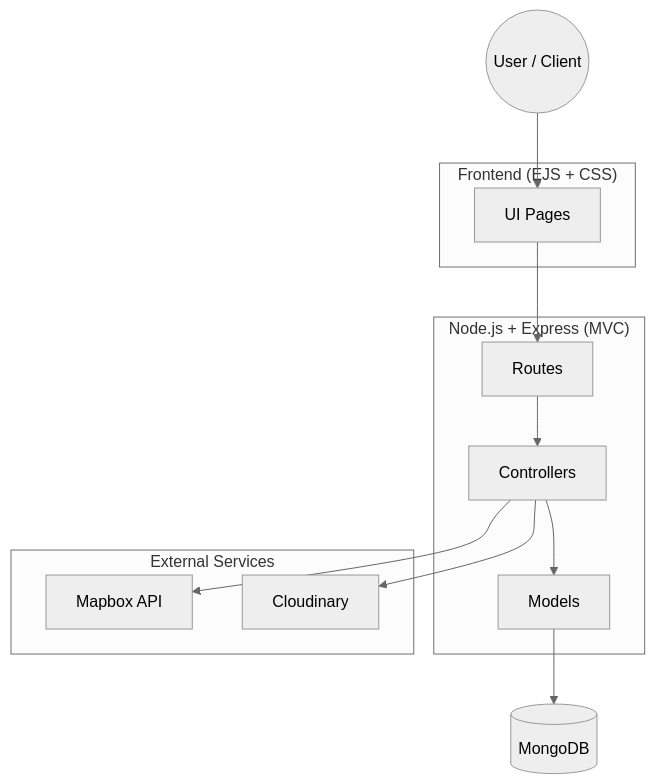
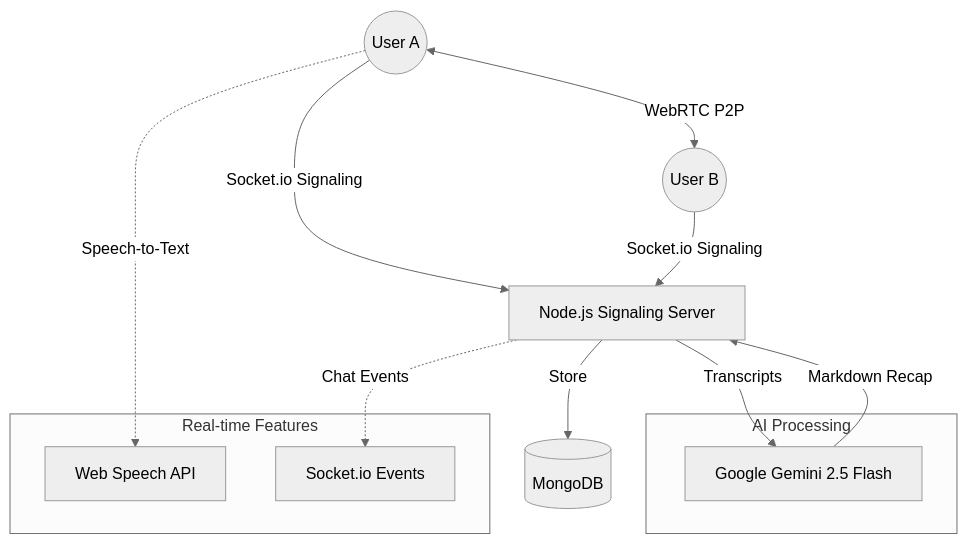
One commit to nehalikareddy/Nexus-VideoCall changed the diagram in README.md. Above: the diagram before and after it, drawn with Mermaid (neutral theme).

````diff
--- a/README.md
+++ b/README.md
@@ -48,38 +48,40 @@
 ```mermaid
 graph TD
 
-    %% User Layer
-    User((User / Client))
+    %% Users (Top)
+    UserA((User A))
+    UserB((User B))
 
-    %% Frontend
-    subgraph Frontend["Frontend (EJS + CSS)"]
-        UI[UI Pages]
-    end
+    %% P2P Connection
+    UserA <-->|WebRTC P2P| UserB
 
-    %% Backend
-    subgraph Backend["Node.js + Express (MVC)"]
-        Routes[Routes]
-        Controllers[Controllers]
-        Models[Models]
+    %% Backend Layer
+    Server[Node.js Signaling Server]
+
+    %% Users → Server
+    UserA -->|Socket.io Signaling| Server
+    UserB -->|Socket.io Signaling| Server
+
+    %% AI Pipeline
+    subgraph AI_Pipeline["AI Processing"]
+        Gemini[Google Gemini 2.5 Flash]
     end
 
     %% Database
     DB[(MongoDB)]
 
-    %% External Services
-    subgraph Services["External Services"]
-        Mapbox[Mapbox API]
-        Cloudinary[Cloudinary]
+    %% AI Flow
+    Server -->|Transcripts| Gemini
+    Gemini -->|Markdown Recap| Server
+    Server -->|Store| DB
+
+    %% Features
+    subgraph Features["Real-time Features"]
+        Captions[Web Speech API]
+        Socket[Socket.io Events]
     end
 
-    %% Flow
-    User --> UI
-    UI --> Routes
-    Routes --> Controllers
-    Controllers --> Models
-    Models --> DB
-
-    %% External Integrations
-    Controllers --> Mapbox
-    Controllers --> Cloudinary
+    %% Feature Connections
+    UserA -.->|Speech-to-Text| Captions
+    Server -.->|Chat Events| Socket
 ```
````
